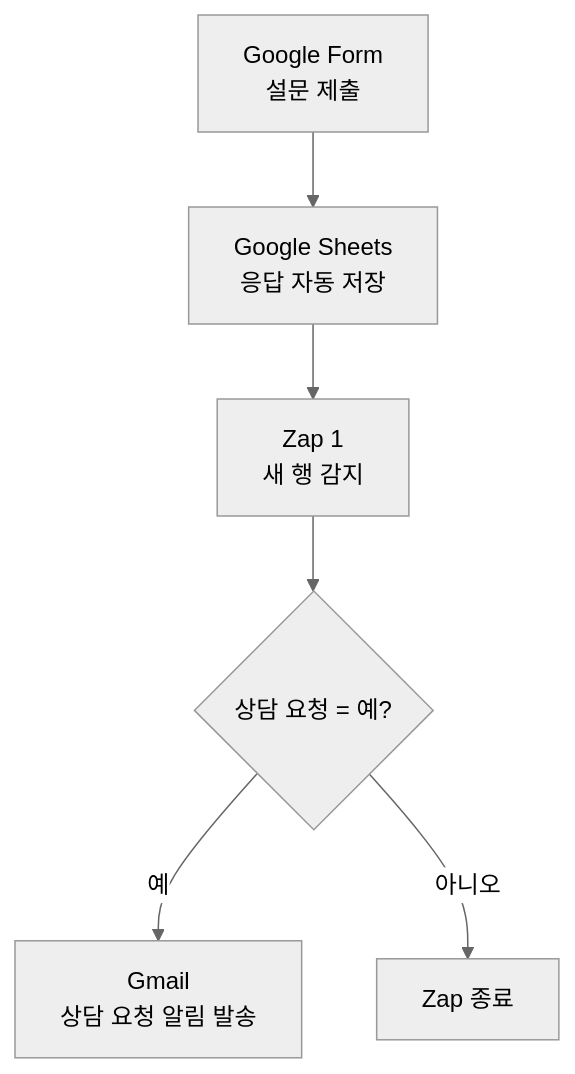
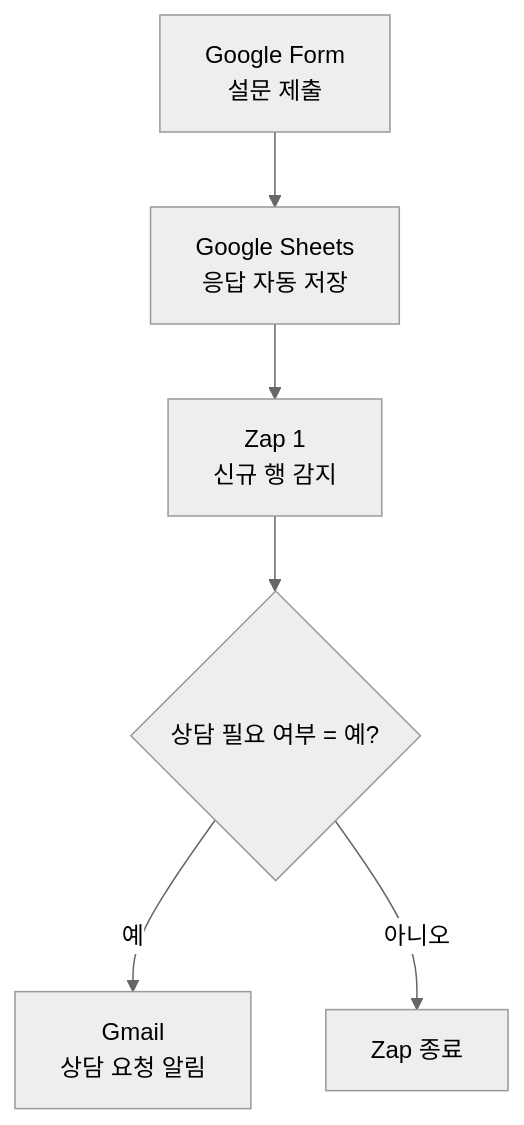
Before and after one commit to jjjoy1114/codyssey_ai_native: the second of 3 diagrams in project-03/README.md, drawn with Mermaid (neutral theme). The commit also changed other lines of this file, not shown here.

````diff
--- a/project-03/README.md
+++ b/project-03/README.md
@@ -130,9 +150,8 @@
 ```mermaid
 flowchart TD
     A["Google Form<br/>설문 제출"] --> B["Google Sheets<br/>응답 자동 저장"]
-    B --> C["Zap 1<br/>새 행 감지"]
-    C --> D{"상담 요청 = 예?"}
-
-    D -->|"예"| E["Gmail<br/>상담 요청 알림 발송"]
+    B --> C["Zap 1<br/>신규 행 감지"]
+    C --> D{"상담 필요 여부 = 예?"}
+    D -->|"예"| E["Gmail<br/>상담 요청 알림"]
     D -->|"아니오"| F["Zap 종료"]
 ```
````
